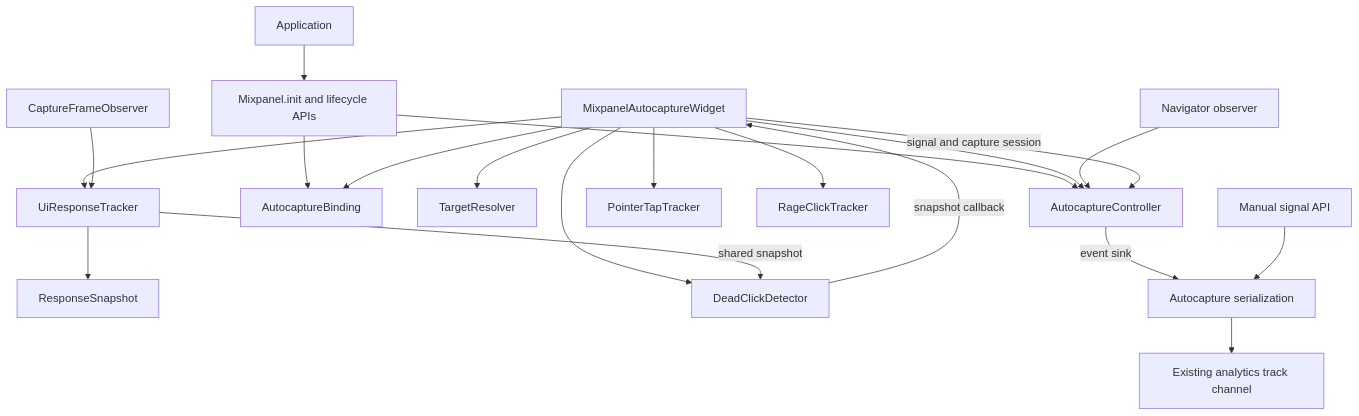
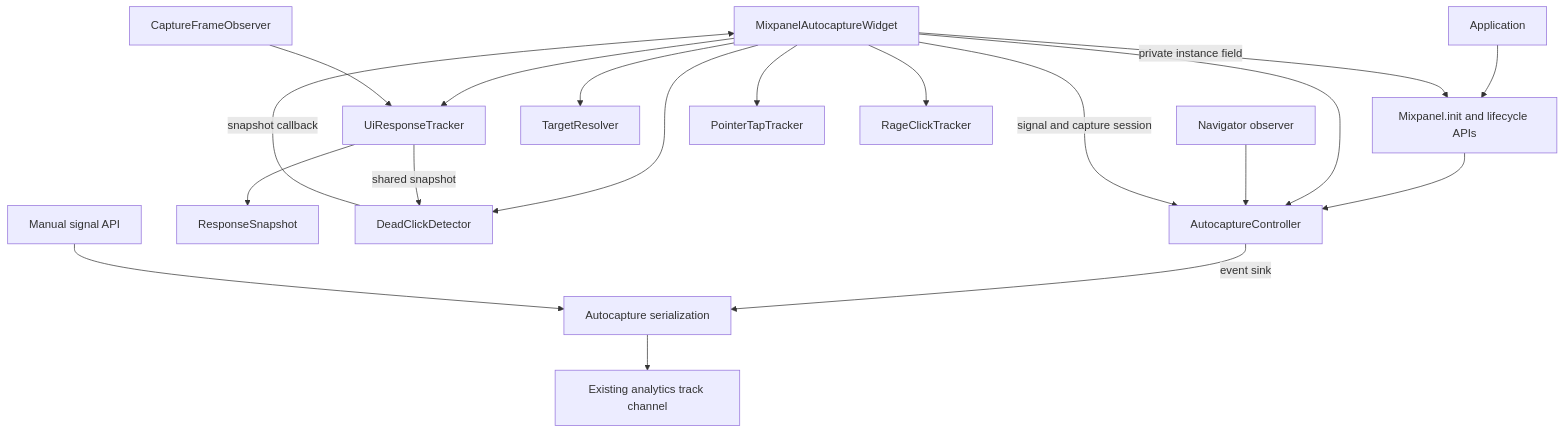
Before and after one commit to mixpanel/mixpanel-flutter: the diagram in docs/SDK30_ARCHITECTURE.md, drawn with Mermaid. The commit also changed other lines of this file and 6 other files, not shown here.

Commit message:
refactor(analytics): integrate autocapture with private SDK state

````diff
--- a/docs/SDK30_ARCHITECTURE.md
+++ b/docs/SDK30_ARCHITECTURE.md
@@ -47,22 +46,21 @@
 ```mermaid
 flowchart TD
     App[Application] --> SDK[Mixpanel.init and lifecycle APIs]
     SDK --> Controller[AutocaptureController]
-    SDK --> Binding[AutocaptureBinding]
-    Wrapper[MixpanelAutocaptureWidget] --> Binding
+    Wrapper[MixpanelAutocaptureWidget] -->|private instance field| SDK
     Wrapper --> Controller
     Nav[Navigator observer] --> Controller
     Wrapper --> Resolver[TargetResolver]
     Wrapper --> Responses[UiResponseTracker]
     Responses --> Snapshot[ResponseSnapshot]
     Wrapper --> Pointer[PointerTapTracker]
     Wrapper --> Rage[RageClickTracker]
     Wrapper --> Dead[DeadClickDetector]
     Frames[CaptureFrameObserver] --> Responses
     Responses -->|shared snapshot| Dead
     Dead -->|snapshot callback| Wrapper
     Wrapper -->|signal and capture session| Controller
     Controller -->|event sink| Facade[Autocapture serialization]
     Manual[Manual signal API] --> Facade
     Facade --> Channel[Existing analytics track channel]
 ```
````
